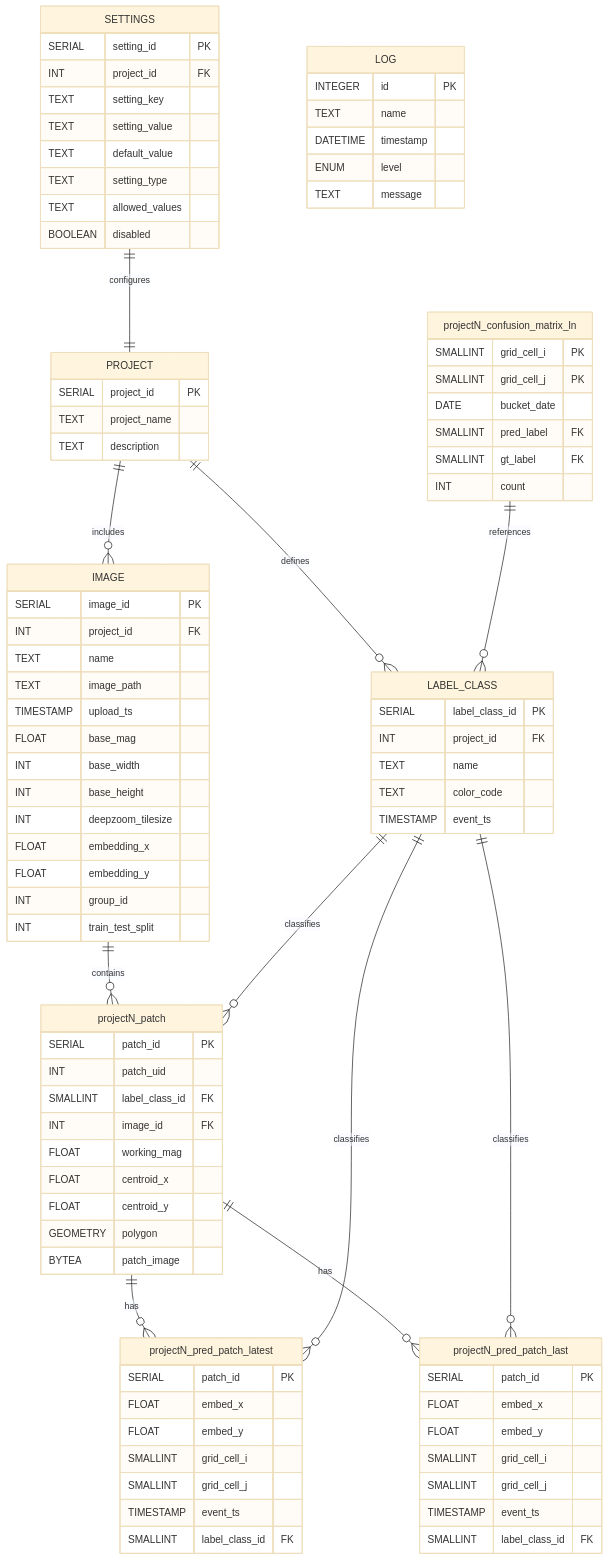
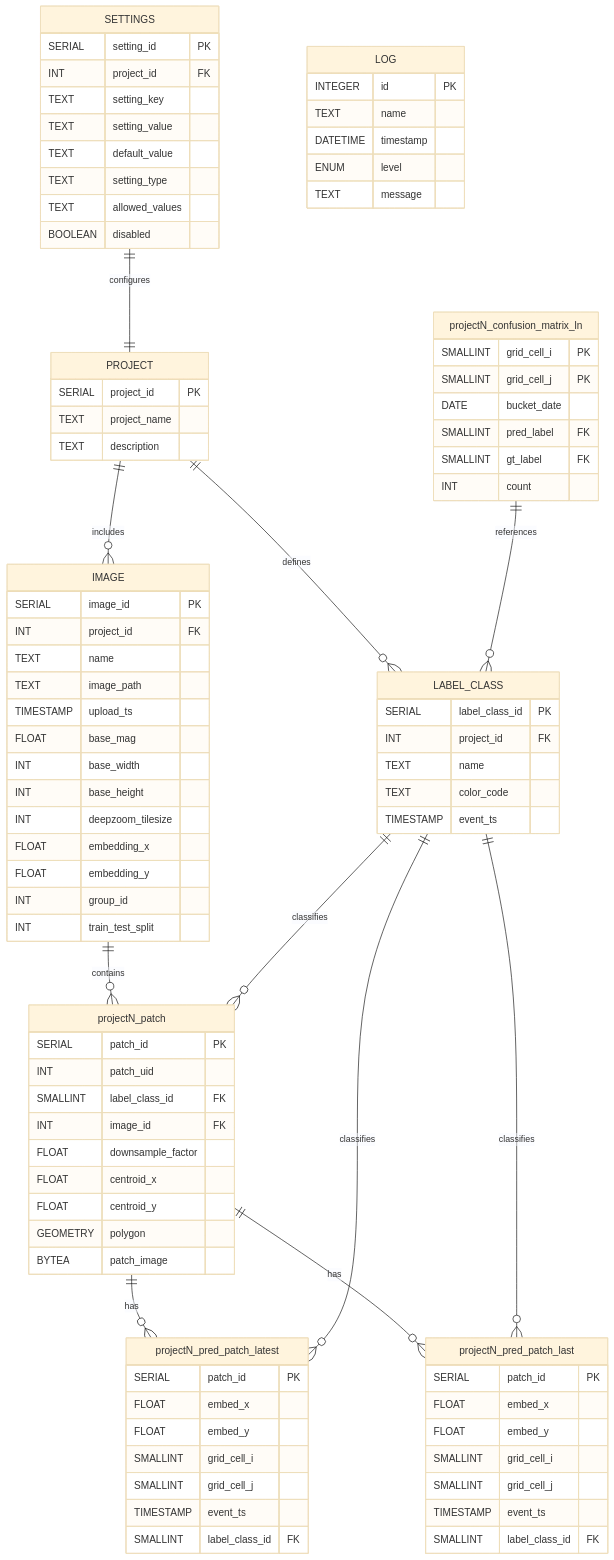
One commit to choosehappy/PatchSorter changed the diagram in docs/source/design_material_draft2/db_technical_design.md. Above: the diagram before and after it, drawn with Mermaid (base theme). The commit also changed other lines of this file and 8 other files, not shown here.

First line of the commit message:
Rename working_mag to downsample_factor across codebase

```diff
--- a/docs/source/design_material_draft2/db_technical_design.md
+++ b/docs/source/design_material_draft2/db_technical_design.md
@@ -275,7 +275,7 @@
         INT patch_uid
         SMALLINT label_class_id FK
         INT image_id FK
-        FLOAT working_mag
+        FLOAT downsample_factor
         FLOAT centroid_x
         FLOAT centroid_y
         GEOMETRY polygon
```
